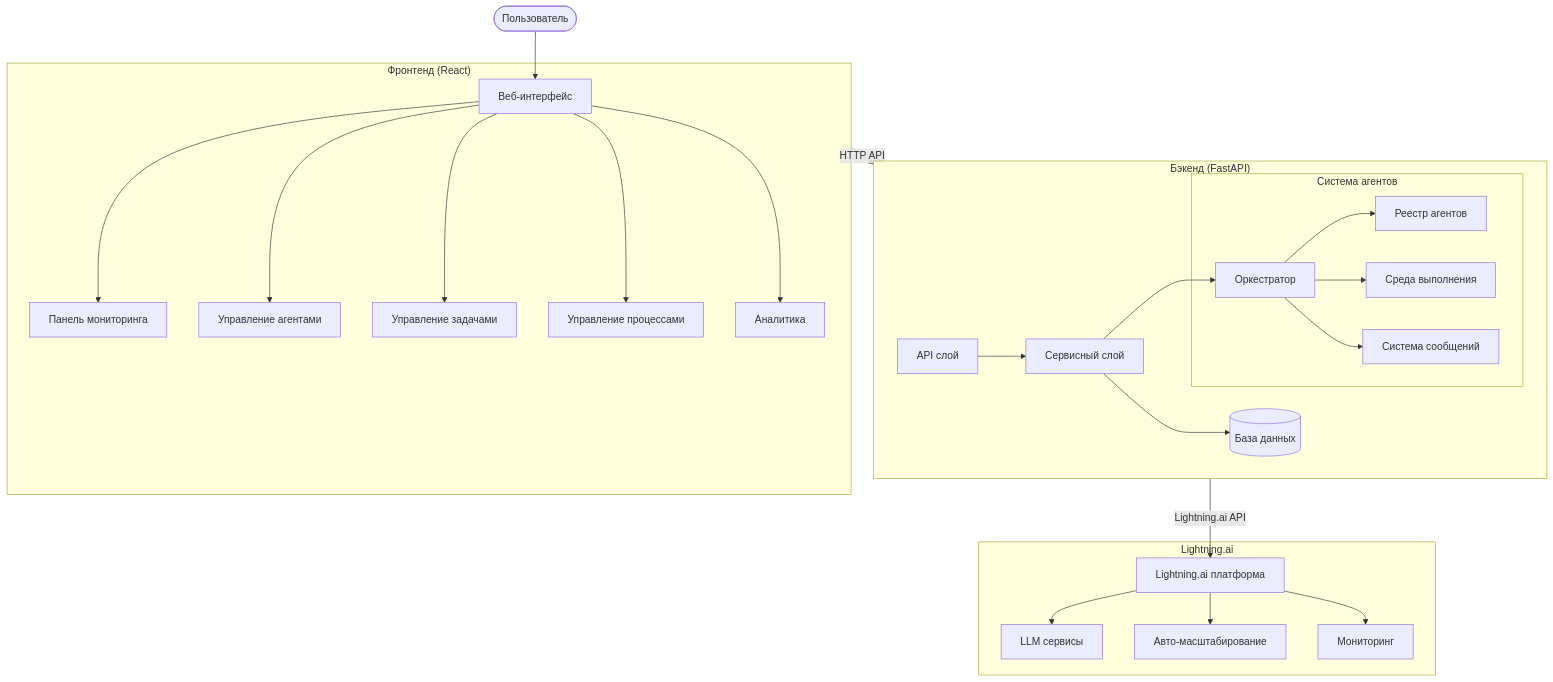
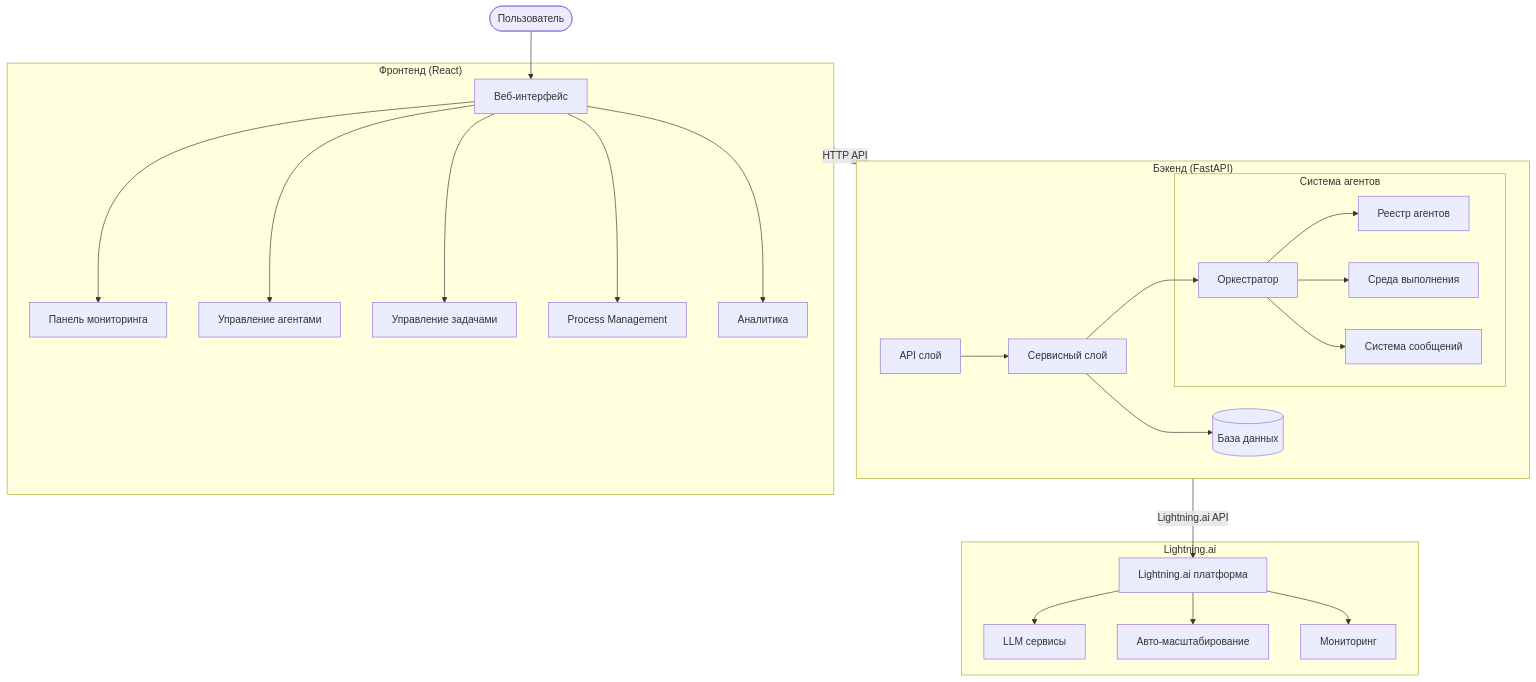
One commit to ivan-meer/ai-labs-project changed the first of 5 diagrams in README.ru.md. Above: the diagram before and after it, drawn with Mermaid. The commit also changed other lines of this file and 2 other files, not shown here.

````diff
--- a/README.ru.md
+++ b/README.ru.md
@@ -144,34 +146,34 @@
 ```mermaid
 flowchart TB
     User([Пользователь]) --> Web[Веб-интерфейс]
     
     subgraph Frontend["Фронтенд (React)"]
         Web --> Dashboard[Панель мониторинга]
         Web --> AgentMgmt[Управление агентами]
         Web --> TaskMgmt[Управление задачами]
-        Web --> ProcessMgmt[Управление процессами]
+        Web --> ProcessMgmt[Process Management]
         Web --> Analytics[Аналитика]
     end
     
     Frontend --HTTP API--> Backend
 
     subgraph Backend["Бэкенд (FastAPI)"]
         API[API слой] --> Services[Сервисный слой]
         Services --> Orchestrator[Оркестратор]
         Services --> DB[(База данных)]
         
         subgraph AgentSystem["Система агентов"]
             Orchestrator --> AgentRegistry[Реестр агентов]
             Orchestrator --> AgentRuntime[Среда выполнения]
             Orchestrator --> MessageQueue[Система сообщений]
         end
     end
     
     Backend --Lightning.ai API--> LightningPlatform[Lightning.ai платформа]
     
     subgraph LightningAI["Lightning.ai"]
         LightningPlatform --> LLMServices[LLM сервисы]
         LightningPlatform --> Scaling[Авто-масштабирование]
         LightningPlatform --> Monitoring[Мониторинг]
     end
 ```
````
